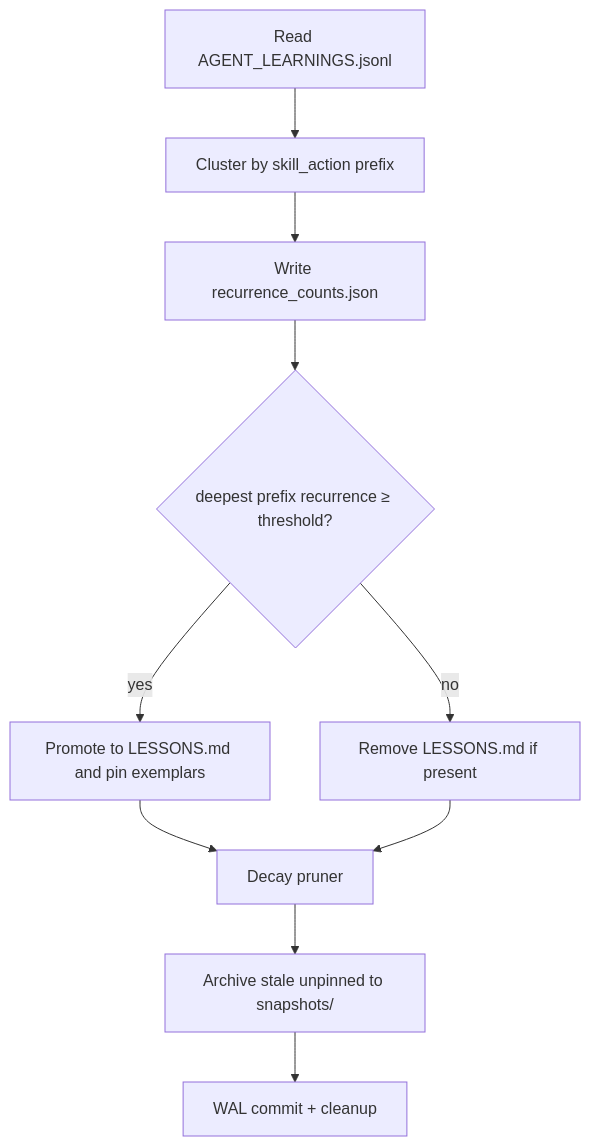
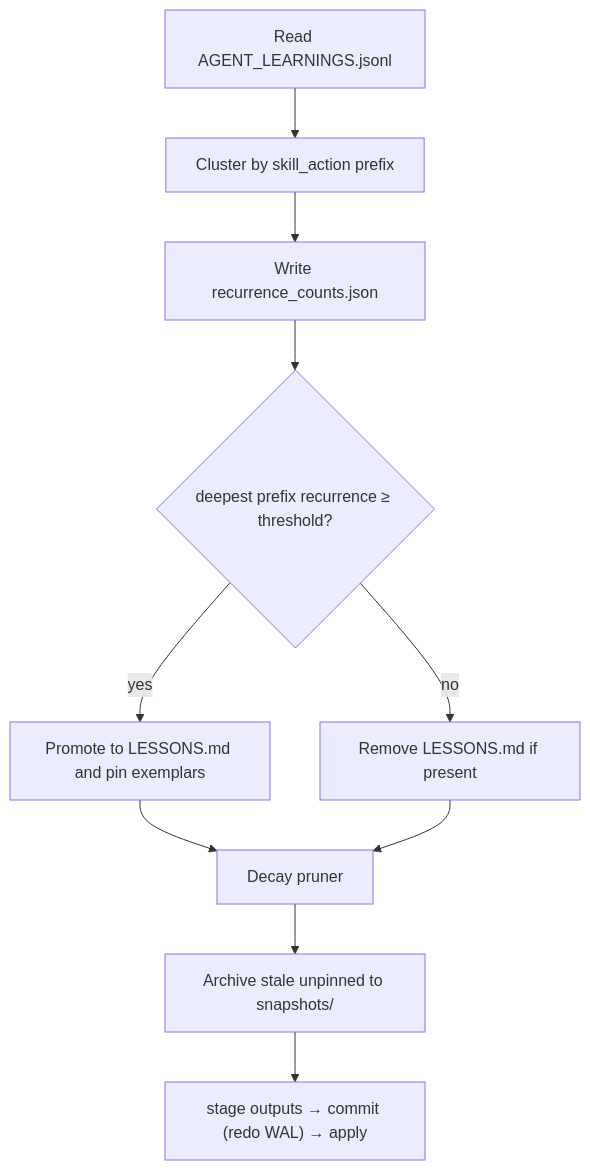
Before and after one commit to botzrDev/dreamd: the diagram in SPEC.md, drawn with Mermaid. The commit also changed 36 other files, not shown here.

````diff
--- a/SPEC.md
+++ b/SPEC.md
@@ -109,12 +109,12 @@
 ```mermaid
 flowchart TD
     A[Read AGENT_LEARNINGS.jsonl] --> B[Cluster by skill_action prefix]
     B --> R[Write recurrence_counts.json]
     R --> C{deepest prefix recurrence ≥ threshold?}
     C -->|yes| D[Promote to LESSONS.md and pin exemplars]
     C -->|no| E[Remove LESSONS.md if present]
     D --> G[Decay pruner]
     E --> G
     G --> H[Archive stale unpinned to snapshots/]
-    H --> J[WAL commit + cleanup]
+    H --> J["stage outputs → commit (redo WAL) → apply"]
 ```
````
